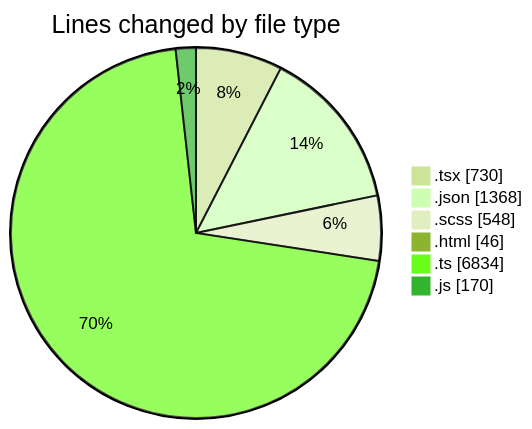
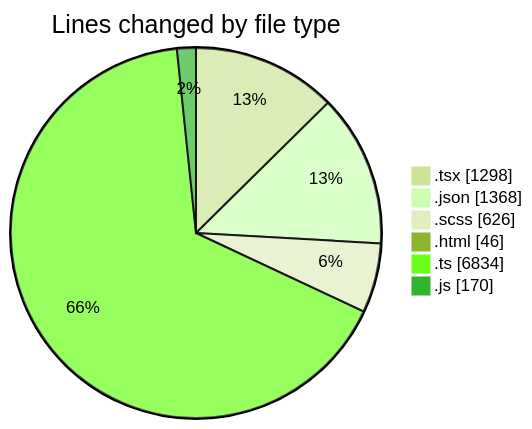
One commit to momahboobian/code-tracking changed the first of 2 diagrams in 2026-04-14/cda/README.md. Above: the diagram before and after it, drawn with Mermaid (forest theme). The commit also changed other lines of this file and 1 other file, not shown here.

````diff
--- a/2026-04-14/cda/README.md
+++ b/2026-04-14/cda/README.md
@@ -42,10 +47,10 @@
 ```mermaid
 pie showData
 title Lines changed by file type
-".tsx" : 730
+".tsx" : 1298
 ".json" : 1368
-".scss" : 548
+".scss" : 626
 ".html" : 46
 ".ts" : 6834
 ".js" : 170
 ```
````
